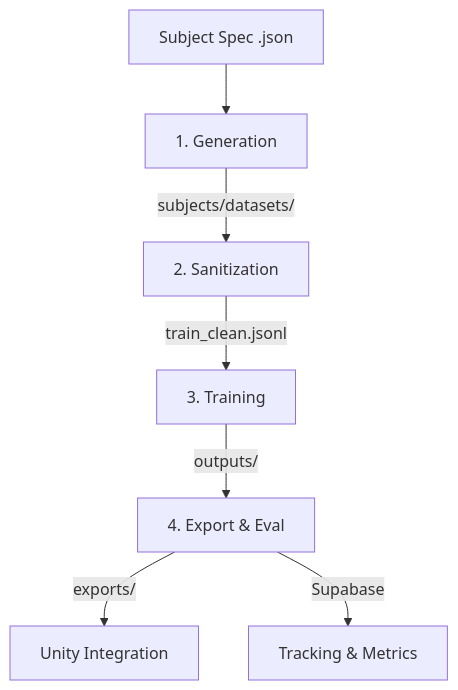
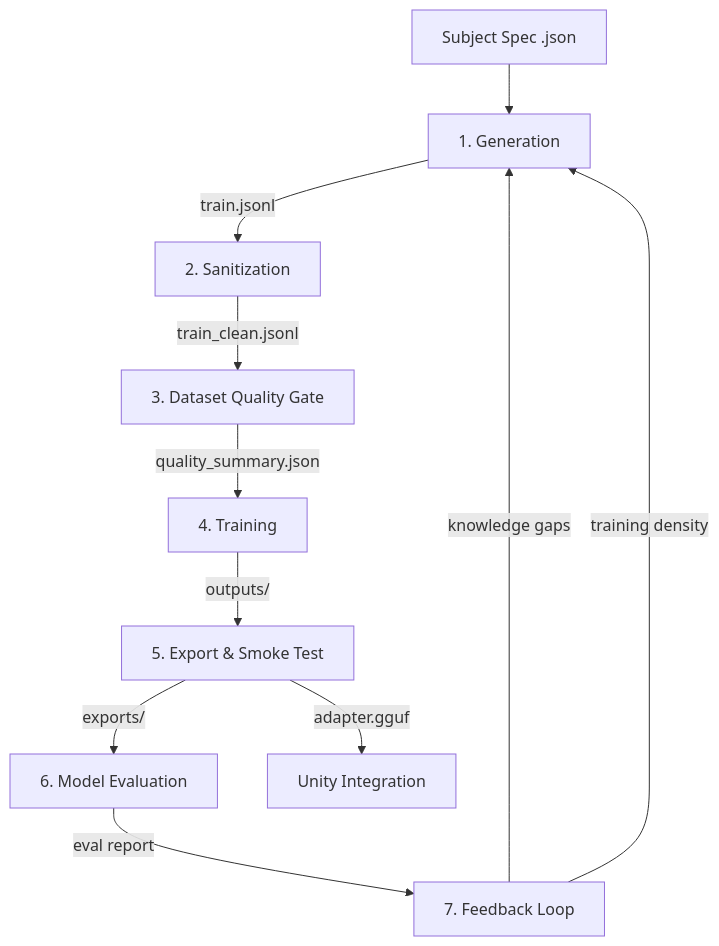
Before and after one commit to athargamedev/Unsloth_Core: the diagram in docs/architecture/PIPELINE_FLOW.md, drawn with Mermaid. The commit also changed other lines of this file and 56 other files, not shown here.

Commit message:
feat: implement persistent pipeline tracking and reporting system with database migration, evaluation output generation, and expanded architecture documentation.

````diff
--- a/docs/architecture/PIPELINE_FLOW.md
+++ b/docs/architecture/PIPELINE_FLOW.md
@@ -7,9 +7,13 @@
 ```mermaid
 graph TD
     A[Subject Spec .json] --> B[1. Generation]
-    B -->|subjects/datasets/| C[2. Sanitization]
-    C -->|train_clean.jsonl| D[3. Training]
-    D -->|outputs/| E[4. Export & Eval]
-    E -->|exports/| F[Unity Integration]
-    E -->|Supabase| G[Tracking & Metrics]
+    B -->|train.jsonl| C[2. Sanitization]
+    C -->|train_clean.jsonl| D[3. Dataset Quality Gate]
+    D -->|quality_summary.json| E[4. Training]
+    E -->|outputs/| F[5. Export & Smoke Test]
+    F -->|exports/| G[6. Model Evaluation]
+    G -->|eval report| H[7. Feedback Loop]
+    H -->|knowledge gaps| B
+    H -->|training density| B
+    F -->|adapter.gguf| I[Unity Integration]
 ```
````
